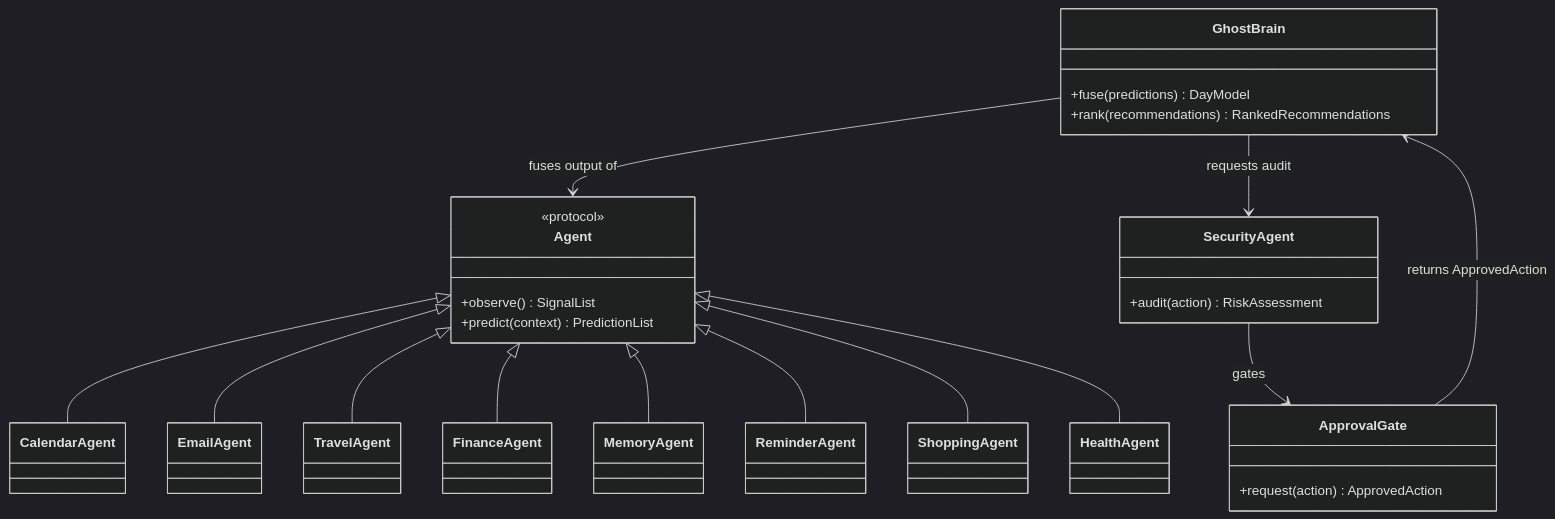
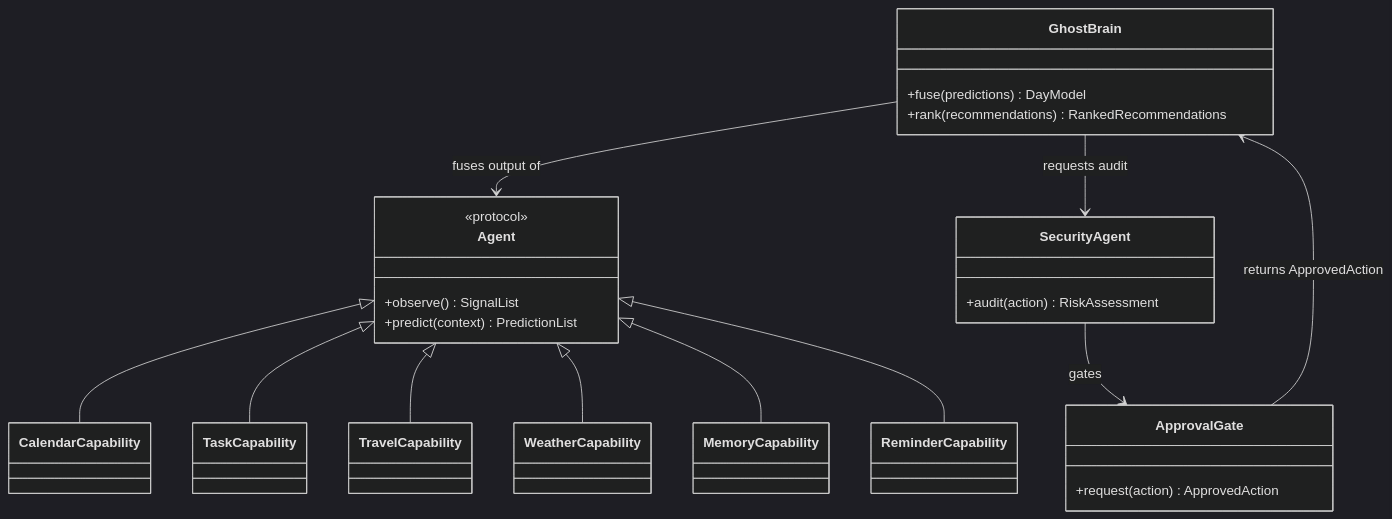
Before and after one commit to TFT444/lifepilot: the third of 3 diagrams in docs/ARCHITECTURE.md, drawn with Mermaid (dark theme). The commit also changed other lines of this file and 47 other files, not shown here.

````diff
--- a/docs/ARCHITECTURE.md
+++ b/docs/ARCHITECTURE.md
@@ -121,32 +121,30 @@
 ```mermaid
 classDiagram
     class Agent {
         <<protocol>>
         +observe() SignalList
         +predict(context) PredictionList
     }
     class GhostBrain {
         +fuse(predictions) DayModel
         +rank(recommendations) RankedRecommendations
     }
     class SecurityAgent {
         +audit(action) RiskAssessment
     }
     class ApprovalGate {
         +request(action) ApprovedAction
     }
 
-    Agent <|-- CalendarAgent
-    Agent <|-- EmailAgent
-    Agent <|-- TravelAgent
-    Agent <|-- FinanceAgent
-    Agent <|-- MemoryAgent
-    Agent <|-- ReminderAgent
-    Agent <|-- ShoppingAgent
-    Agent <|-- HealthAgent
+    Agent <|-- CalendarCapability
+    Agent <|-- TaskCapability
+    Agent <|-- TravelCapability
+    Agent <|-- WeatherCapability
+    Agent <|-- MemoryCapability
+    Agent <|-- ReminderCapability
 
     GhostBrain --> Agent : fuses output of
     GhostBrain --> SecurityAgent : requests audit
     SecurityAgent --> ApprovalGate : gates
     ApprovalGate --> GhostBrain : returns ApprovedAction
 ```
````
